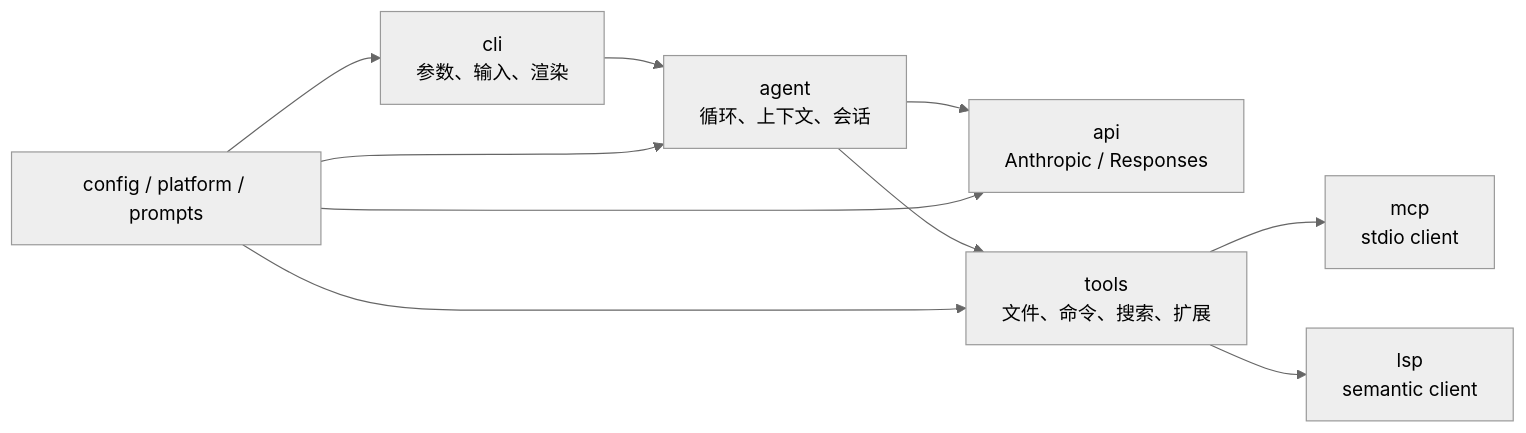
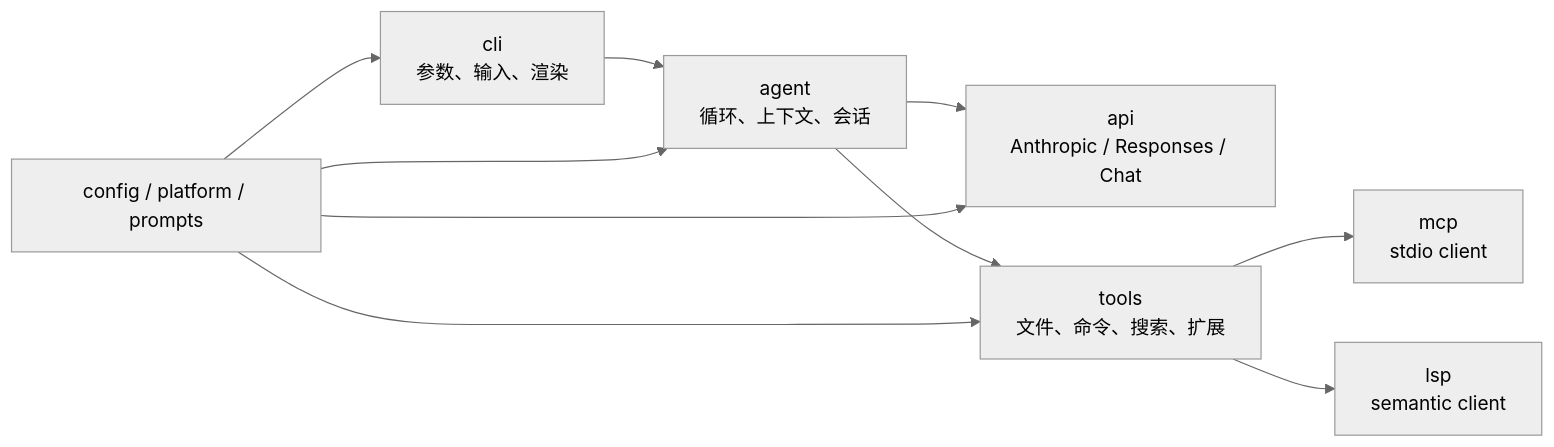
Before and after one commit to relic-yuexi/LubanCode: the first of 2 diagrams in docs/architecture.md, drawn with Mermaid (neutral theme). The commit also changed other lines of this file and 41 other files, not shown here.

````diff
--- a/docs/architecture.md
+++ b/docs/architecture.md
@@ -11,12 +11,12 @@
 ```mermaid
 flowchart LR
     CLI[cli<br/>参数、输入、渲染] --> Agent[agent<br/>循环、上下文、会话]
-    Agent --> API[api<br/>Anthropic / Responses]
+    Agent --> API[api<br/>Anthropic / Responses / Chat]
     Agent --> Tools[tools<br/>文件、命令、搜索、扩展]
     Tools --> MCP[mcp<br/>stdio client]
     Tools --> LSP[lsp<br/>semantic client]
     Infra[config / platform / prompts] --> CLI
     Infra --> Agent
     Infra --> API
     Infra --> Tools
 ```
````
